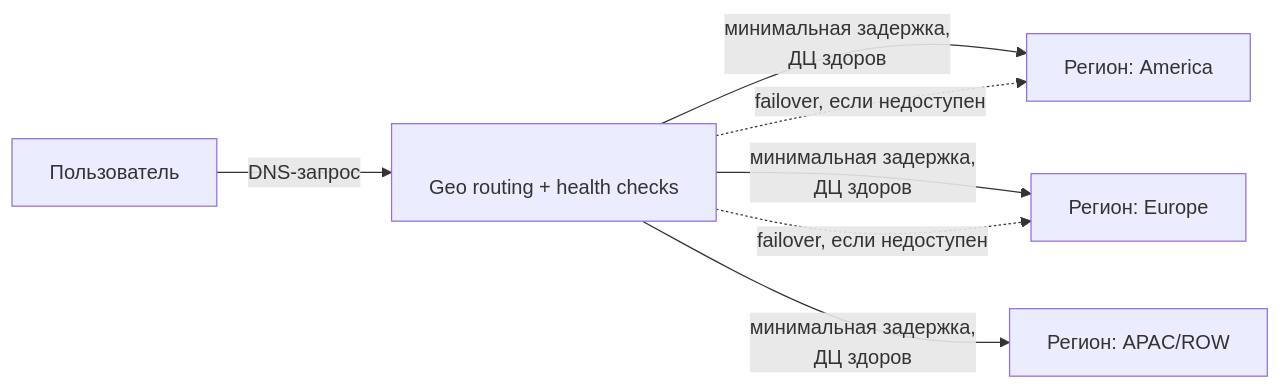
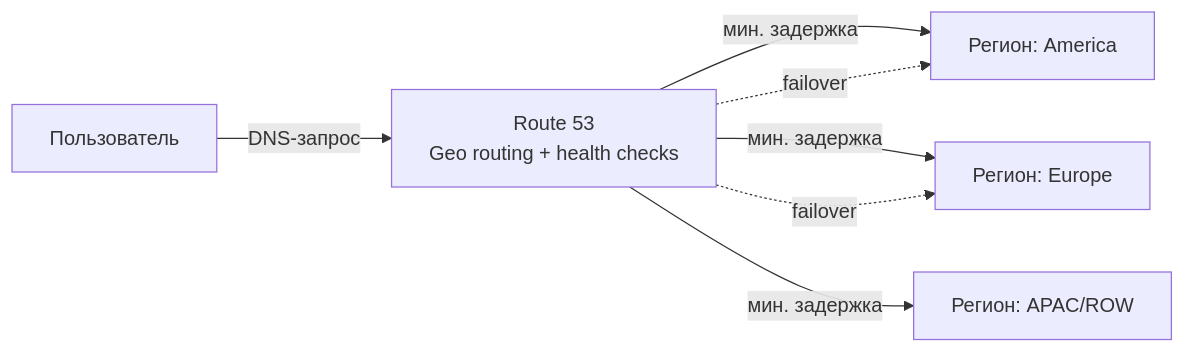
The first of 3 diagrams in README.md (TOOSTEER/Highload_TechnoPark), drawn with Mermaid before and after one commit. The commit also changed other lines of this file, not shown here.

````diff
--- a/README.md
+++ b/README.md
@@ -193,9 +150,9 @@
 ```mermaid
 flowchart LR
-    U[Пользователь] -->|DNS-запрос| R53[<br/>Geo routing + health checks]
-    R53 -->|минимальная задержка,<br/>ДЦ здоров| NA[Регион: America]
-    R53 -->|минимальная задержка,<br/>ДЦ здоров| EU[Регион: Europe]
-    R53 -->|минимальная задержка,<br/>ДЦ здоров| AP[Регион: APAC/ROW]
-    R53 -.failover, если недоступен.-> NA
-    R53 -.failover, если недоступен.-> EU
+    U[Пользователь] -->|DNS-запрос| R53[Route 53<br/>Geo routing + health checks]
+    R53 -->|мин. задержка| NA[Регион: America]
+    R53 -->|мин. задержка| EU[Регион: Europe]
+    R53 -->|мин. задержка| AP[Регион: APAC/ROW]
+    R53 -.failover.-> NA
+    R53 -.failover.-> EU
 ```
````
